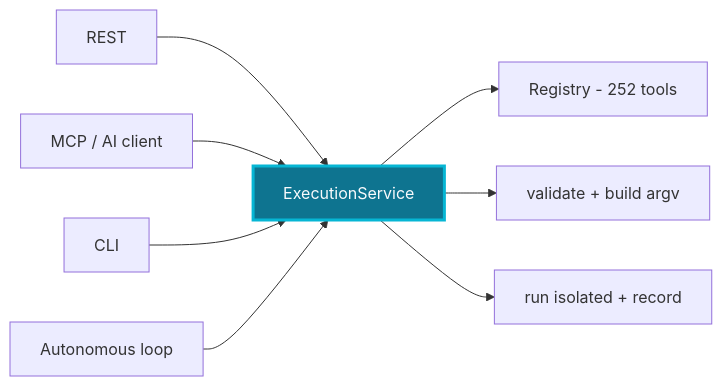
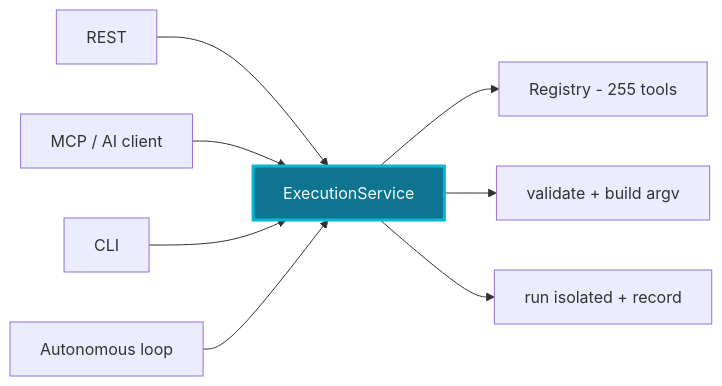
One commit to Arseno25/nexhunter changed the diagram in README.md. Above: the diagram before and after it, drawn with Mermaid. The commit also changed other lines of this file, not shown here.

Commit message:
docs: browser engine, visual engine, flask API, updated registry counts

````diff
--- a/README.md
+++ b/README.md
@@ -47,11 +52,11 @@
 ```mermaid
 flowchart LR
     A[REST] --> E[ExecutionService]
     B[MCP / AI client] --> E
     C[CLI] --> E
     D[Autonomous loop] --> E
-    E --> R[Registry - 252 tools]
+    E --> R[Registry - 255 tools]
     E --> G[validate + build argv]
     E --> S[run isolated + record]
     style E fill:#0e7490,stroke:#06b6d4,stroke-width:3px,color:#f8fafc
 ```
````
